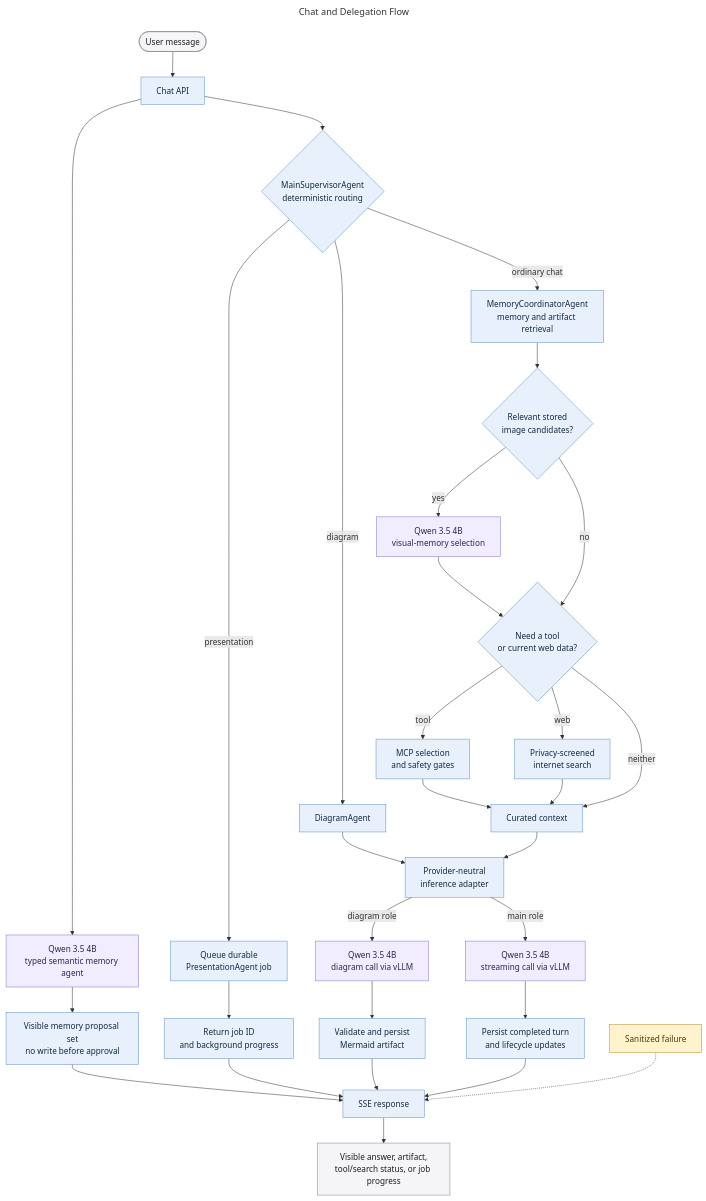
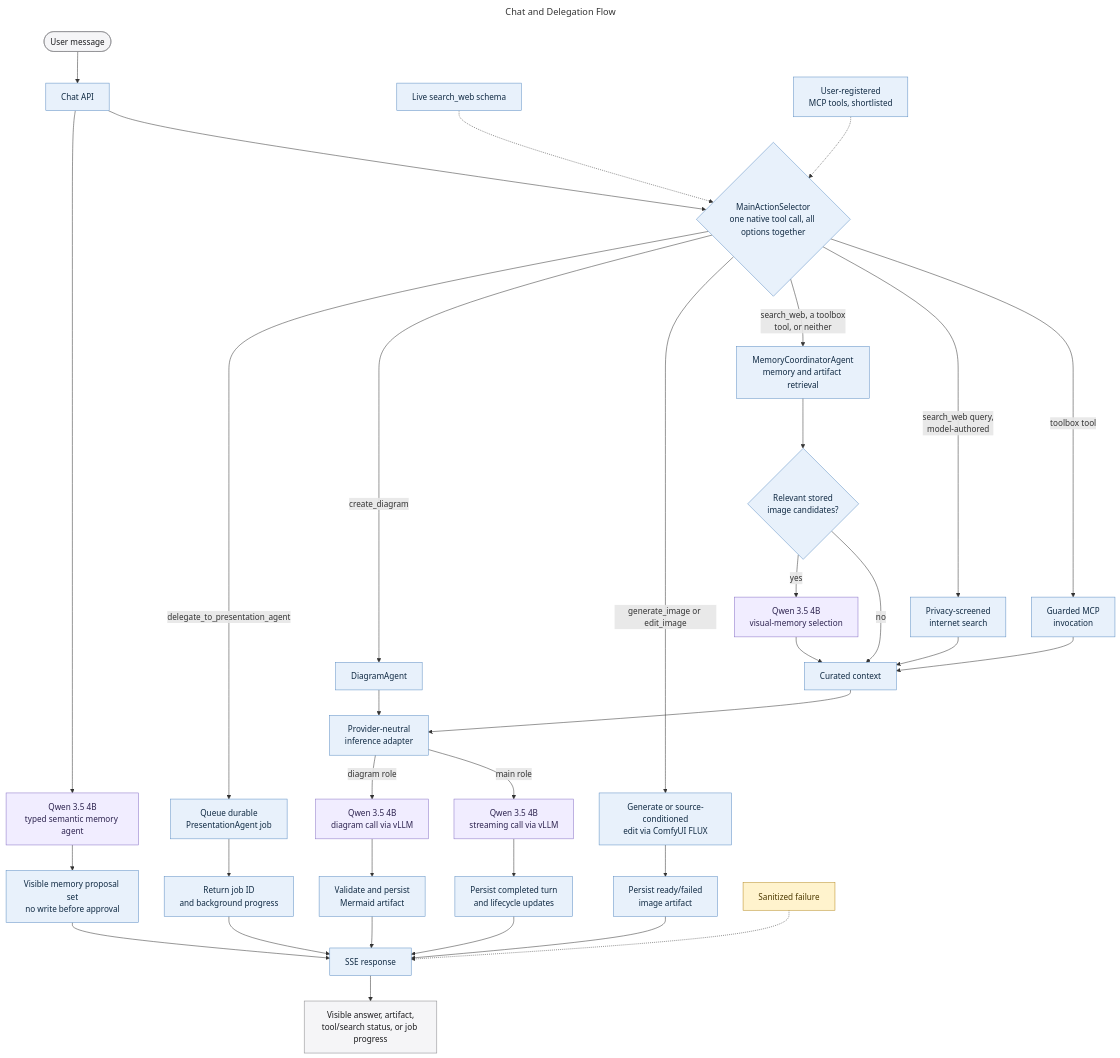
One commit to MallyaAni/PersonalAssistant changed the diagram in docs/diagrams/chat-orchestration.mmd. Above: the diagram before and after it, drawn with Mermaid. The commit also changed 44 other files, not shown here.

```diff
--- a/docs/diagrams/chat-orchestration.mmd
+++ b/docs/diagrams/chat-orchestration.mmd
@@ -1,48 +1,53 @@
 ---
 title: Chat and Delegation Flow
 ---
 flowchart TB
     User([User message]) --> API[Chat API]
     API --> Interest[Qwen 3.5 4B<br/>typed semantic memory agent]
     Interest --> Proposal[Visible memory proposal set<br/>no write before approval]
-    API --> Supervisor{MainSupervisorAgent<br/>deterministic routing}
+    API --> Selector{MainActionSelector<br/>one native tool call, all options together}
+    Search_Tool[Live search_web schema] -.-> Selector
+    Toolbox[User-registered<br/>MCP tools, shortlisted] -.-> Selector
 
-    Supervisor -->|presentation| Presentation[Queue durable<br/>PresentationAgent job]
+    Selector -->|delegate_to_presentation_agent| Presentation[Queue durable<br/>PresentationAgent job]
     Presentation --> Progress[Return job ID<br/>and background progress]
 
-    Supervisor -->|diagram| Diagram[DiagramAgent]
+    Selector -->|create_diagram| Diagram[DiagramAgent]
     Diagram --> Inference[Provider-neutral<br/>inference adapter]
     Inference -->|diagram role| DiagramModel[Qwen 3.5 4B<br/>diagram call via vLLM]
     DiagramModel --> Artifact[Validate and persist<br/>Mermaid artifact]
 
-    Supervisor -->|ordinary chat| Memory[MemoryCoordinatorAgent<br/>memory and artifact retrieval]
+    Selector -->|generate_image or edit_image| ImageAction[Generate or source-conditioned<br/>edit via ComfyUI FLUX]
+    ImageAction --> ImageArtifact[Persist ready/failed<br/>image artifact]
+
+    Selector -->|search_web, a toolbox<br/>tool, or neither| Memory[MemoryCoordinatorAgent<br/>memory and artifact retrieval]
     Memory --> Visual{Relevant stored<br/>image candidates?}
     Visual -->|yes| VisualPolicy[Qwen 3.5 4B<br/>visual-memory selection]
-    Visual -->|no| Optional{Need a tool<br/>or current web data?}
-    VisualPolicy --> Optional
-    Optional -->|tool| MCP[MCP selection<br/>and safety gates]
-    Optional -->|web| Search[Privacy-screened<br/>internet search]
-    Optional -->|neither| Context[Curated context]
+    Visual -->|no| Context[Curated context]
+    VisualPolicy --> Context
+    Selector -->|search_web query,<br/>model-authored| Search[Privacy-screened<br/>internet search]
+    Selector -->|toolbox tool| MCP[Guarded MCP<br/>invocation]
     MCP --> Context
     Search --> Context
 
     Context --> Inference
     Inference -->|main role| Main[Qwen 3.5 4B<br/>streaming call via vLLM]
     Main --> Persist[Persist completed turn<br/>and lifecycle updates]
     Persist --> Stream[SSE response]
     Proposal --> Stream
 
     Artifact --> Stream
+    ImageArtifact --> Stream
     Progress --> Stream
     Stream --> UI[Visible answer, artifact,<br/>tool/search status, or job progress]
 
     Failure[Sanitized failure] -.-> Stream
 
     classDef interface fill:#f5f5f7,stroke:#86868b,color:#1d1d1f;
     classDef application fill:#e8f1fb,stroke:#5e8fc4,color:#102a43;
     classDef model fill:#f1edff,stroke:#8872c6,color:#2e2450;
     classDef failure fill:#fff3cd,stroke:#b78b20,color:#4d3900;
     class User,UI interface;
-    class API,Supervisor,Presentation,Progress,Diagram,Artifact,Memory,Visual,Optional,MCP,Search,Context,Inference,Persist,Stream,Proposal application;
+    class API,Selector,Search_Tool,Toolbox,Presentation,Progress,Diagram,Artifact,ImageAction,ImageArtifact,Memory,Visual,MCP,Search,Context,Inference,Persist,Stream,Proposal application;
     class Main,DiagramModel,Interest,VisualPolicy model;
     class Failure failure;
```
